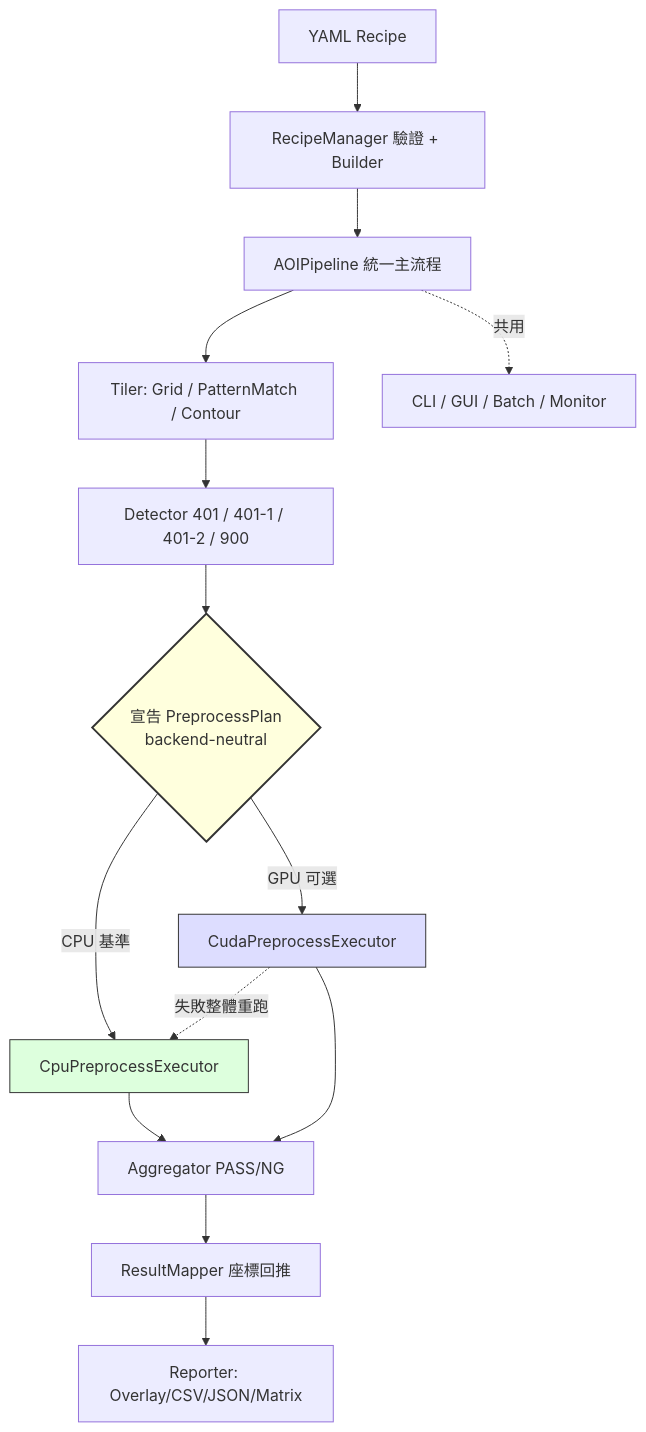
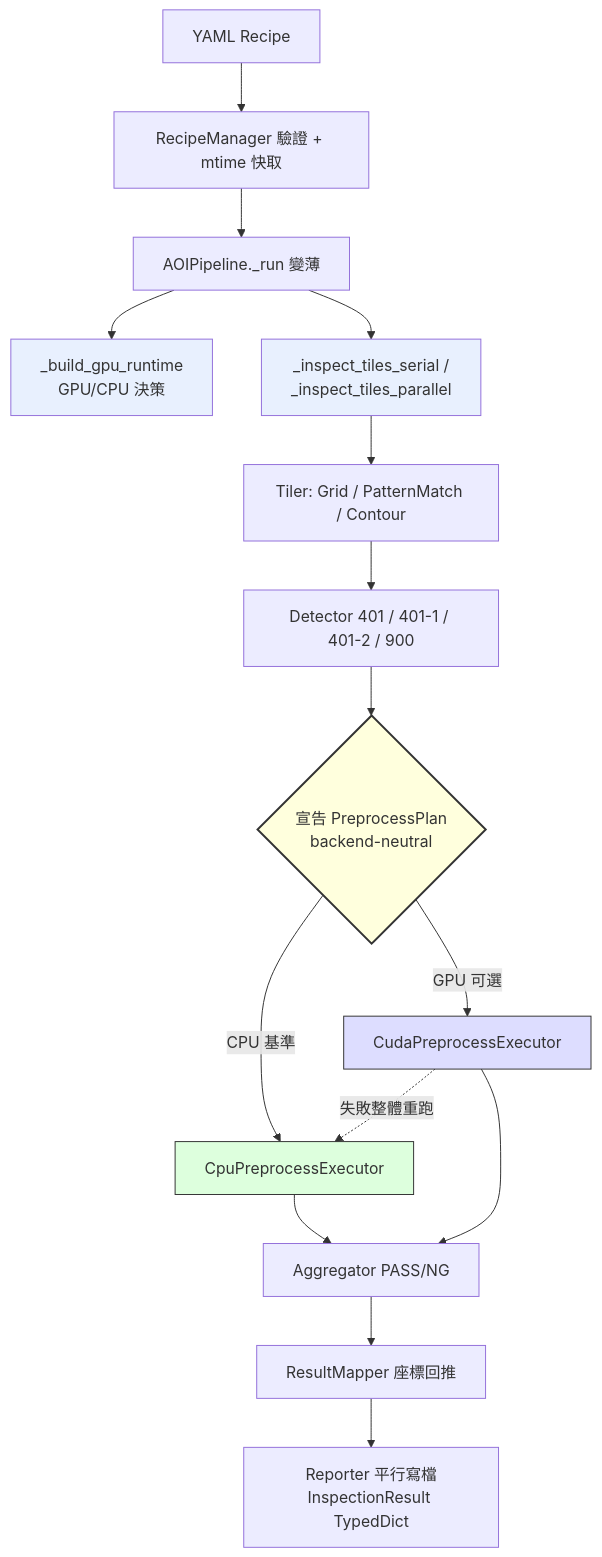
Before and after one commit to wweijun149/VisionFlow_GPU_CPU: the second of 3 diagrams in PROGRESS_EVALUATION_2026-07-17.md, drawn with Mermaid. The commit also changed other lines of this file, not shown here.

First line of the commit message:
更新綜合評價報告：納入 2026-07-18 P9 CPU 優化交付

````diff
--- a/PROGRESS_EVALUATION_2026-07-17.md
+++ b/PROGRESS_EVALUATION_2026-07-17.md
@@ -74,20 +102,22 @@
 ```mermaid
 graph TD
-    A[YAML Recipe] --> B[RecipeManager 驗證 + Builder]
-    B --> C[AOIPipeline 統一主流程]
-    C --> D[Tiler: Grid / PatternMatch / Contour]
+    A[YAML Recipe] --> B[RecipeManager 驗證 + mtime 快取]
+    B --> C[AOIPipeline._run 變薄]
+    C --> C1[_build_gpu_runtime<br/>GPU/CPU 決策]
+    C --> C2["_inspect_tiles_serial /<br/>_inspect_tiles_parallel"]
+    C2 --> D[Tiler: Grid / PatternMatch / Contour]
     D --> E[Detector 401 / 401-1 / 401-2 / 900]
     E --> F{宣告 PreprocessPlan<br/>backend-neutral}
     F -->|CPU 基準| G[CpuPreprocessExecutor]
     F -->|GPU 可選| H[CudaPreprocessExecutor]
     H -.失敗整體重跑.-> G
     G --> I[Aggregator PASS/NG]
     H --> I
     I --> J[ResultMapper 座標回推]
-    J --> K[Reporter: Overlay/CSV/JSON/Matrix]
-    C -.共用.-> L[CLI / GUI / Batch / Monitor]
-
+    J --> K[Reporter 平行寫檔<br/>InspectionResult TypedDict]
     style F fill:#ffd,stroke:#333,stroke-width:2px
     style G fill:#dfd,stroke:#333
     style H fill:#ddf,stroke:#333
+    style C1 fill:#e8f0fe
+    style C2 fill:#e8f0fe
 ```
````
